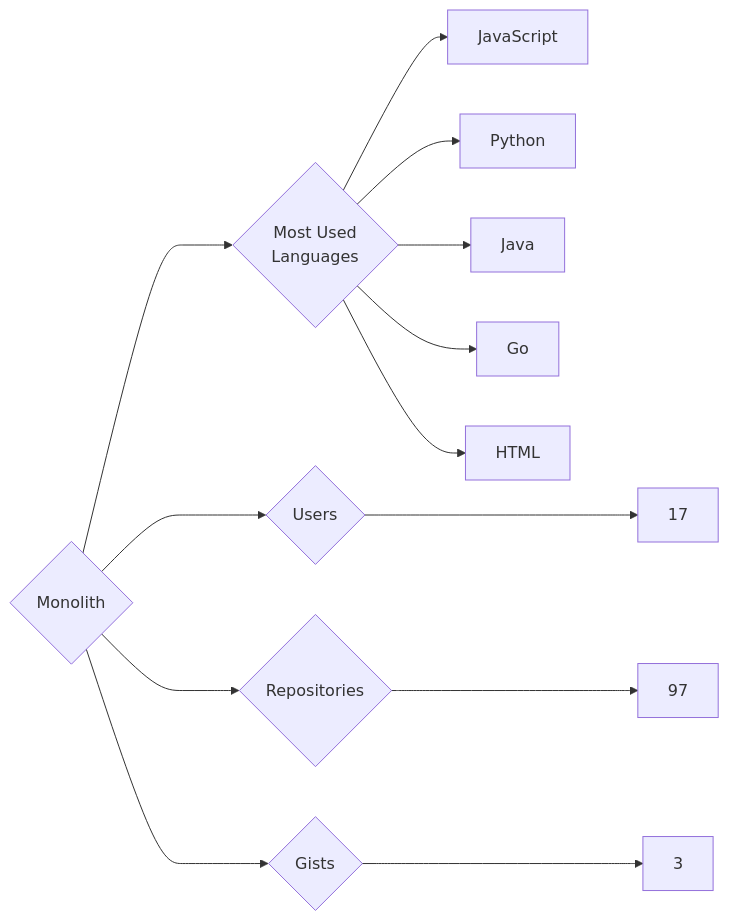
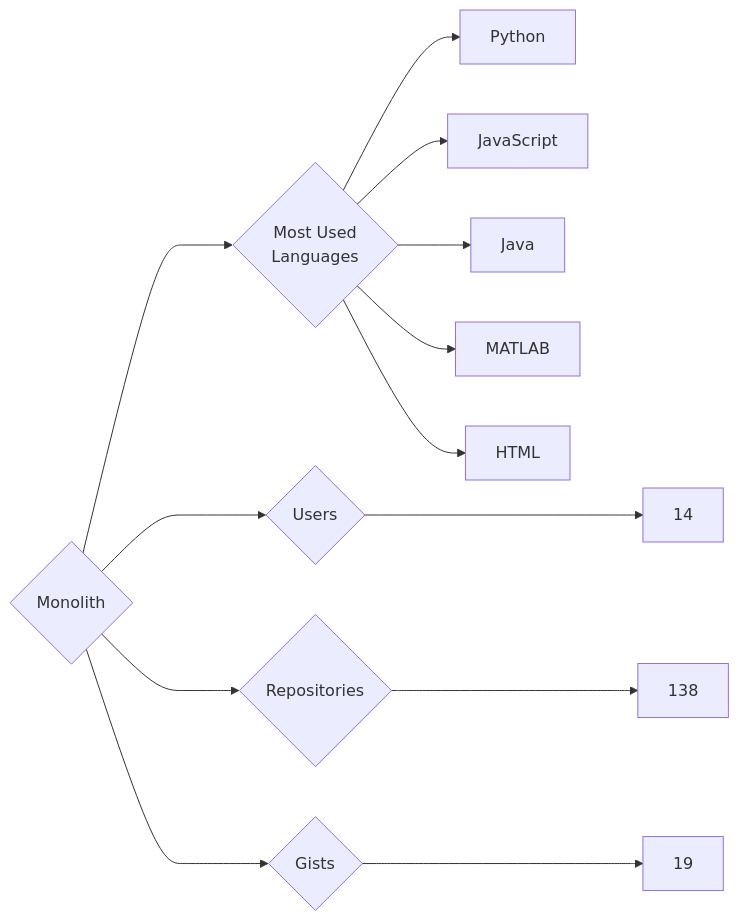
Before and after one commit to trickest/insiders: the diagram in targets/Monolith/README.md, drawn with Mermaid. The commit also changed 794 other files, not shown here.

````diff
--- a/targets/Monolith/README.md
+++ b/targets/Monolith/README.md
@@ -3,13 +3,13 @@
 ```mermaid
 graph LR
 COMPANY_NAME{Monolith}
-COMPANY_NAME ---> U{Users} ---> UN[17]
-COMPANY_NAME ---> R{Repositories} ---> RN[97]
-COMPANY_NAME ---> G{Gists} ---> GN[3]
+COMPANY_NAME ---> U{Users} ---> UN[14]
+COMPANY_NAME ---> R{Repositories} ---> RN[138]
+COMPANY_NAME ---> G{Gists} ---> GN[19]
 COMPANY_NAME ---> ML{Most Used<br>Languages}
+ML --> Python[Python]
 ML --> JavaScript[JavaScript]
-ML --> Python[Python]
 ML --> Java[Java]
-ML --> Go[Go]
+ML --> MATLAB[MATLAB]
 ML --> HTML[HTML]
 ```
````
